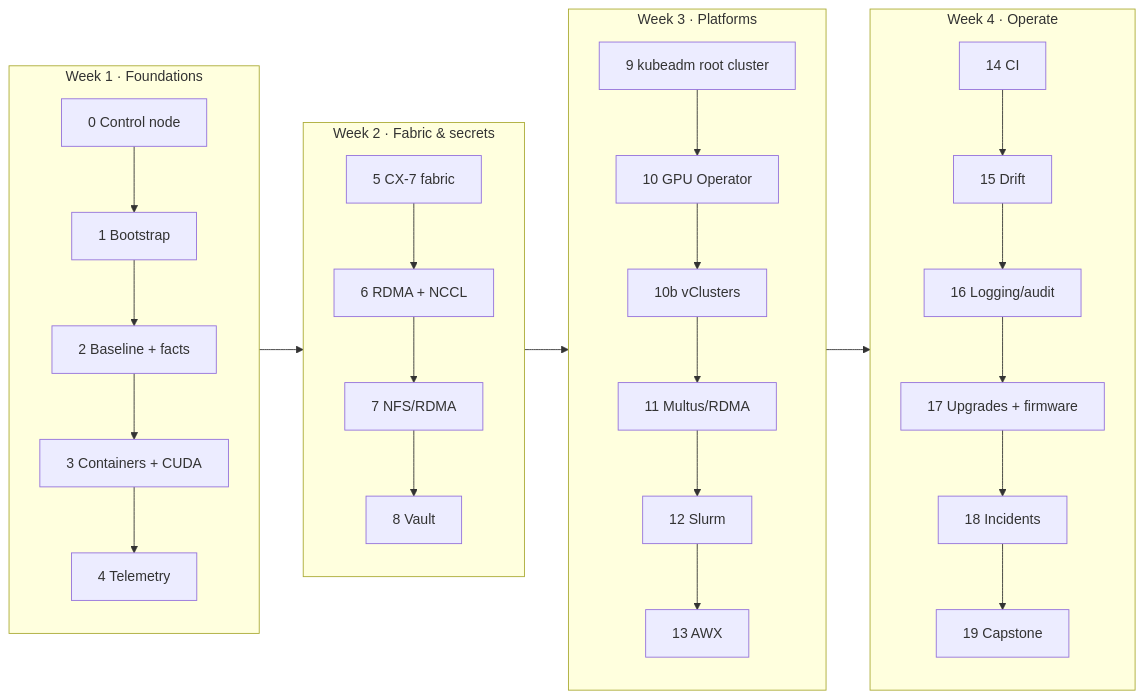
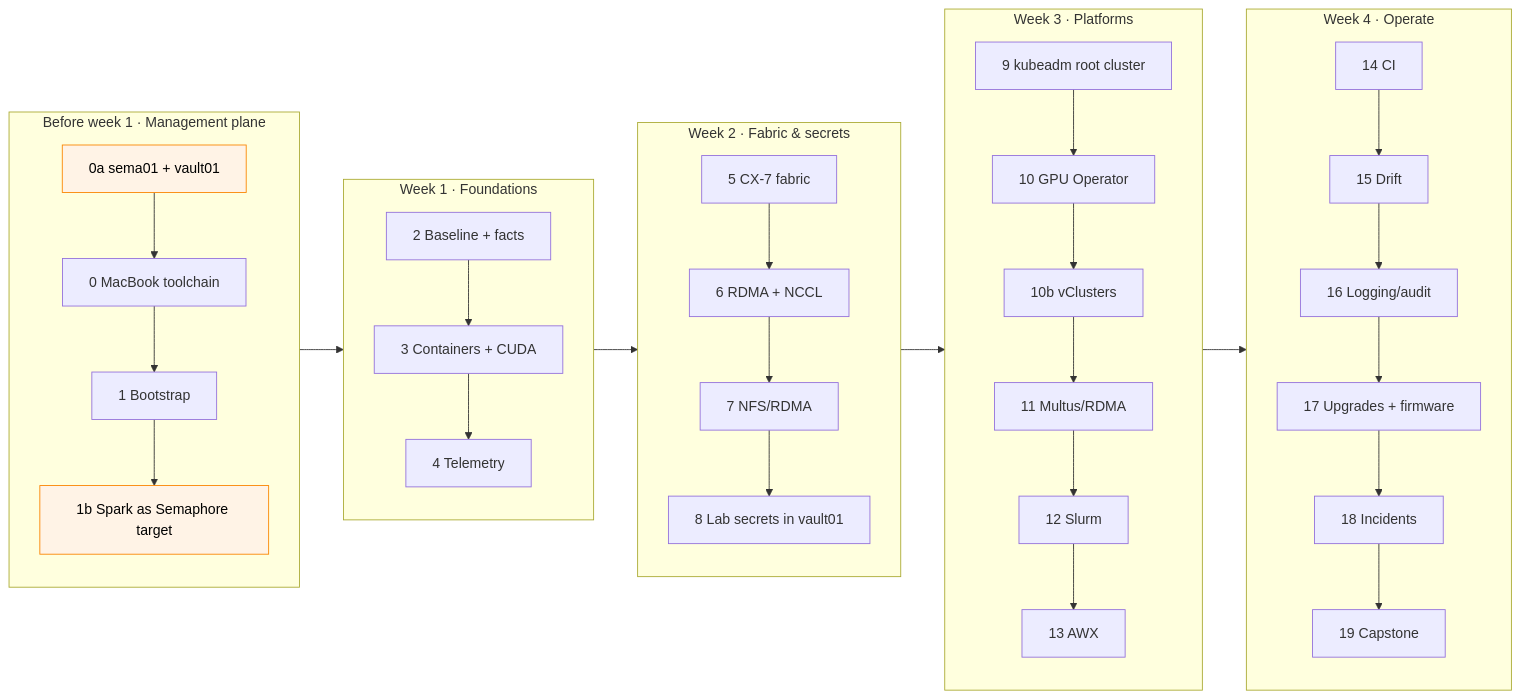
Before and after one commit to cloudone365/technical-depth: the diagram in 01 Ansible/00-ansible-step-by-step-guide.md, drawn with Mermaid. The commit also changed other lines of this file and 37 other files, not shown here.

First line of the commit message:
Docs: Semaphore + vault01 management plane, dgx-spark-01 as a target

````diff
--- a/01 Ansible/00-ansible-step-by-step-guide.md
+++ b/01 Ansible/00-ansible-step-by-step-guide.md
@@ -5,16 +5,21 @@
 ```mermaid
 flowchart LR
+  subgraph W0["Before week 1 · Management plane"]
+    Z0[0a sema01 + vault01] --> Z1[0 MacBook toolchain] --> Z2[1 Bootstrap] --> Z3[1b Spark as Semaphore target]
+  end
   subgraph W1["Week 1 · Foundations"]
-    A0[0 Control node] --> A1[1 Bootstrap] --> A2[2 Baseline + facts] --> A3[3 Containers + CUDA] --> A4[4 Telemetry]
+    A2[2 Baseline + facts] --> A3[3 Containers + CUDA] --> A4[4 Telemetry]
   end
   subgraph W2["Week 2 · Fabric & secrets"]
-    B1[5 CX-7 fabric] --> B2[6 RDMA + NCCL] --> B3[7 NFS/RDMA] --> B4[8 Vault]
+    B1[5 CX-7 fabric] --> B2[6 RDMA + NCCL] --> B3[7 NFS/RDMA] --> B4[8 Lab secrets in vault01]
   end
   subgraph W3["Week 3 · Platforms"]
     C1[9 kubeadm root cluster] --> C2[10 GPU Operator] --> C2b[10b vClusters] --> C3[11 Multus/RDMA] --> C4[12 Slurm] --> C5[13 AWX]
   end
   subgraph W4["Week 4 · Operate"]
     D1[14 CI] --> D2[15 Drift] --> D3[16 Logging/audit] --> D4[17 Upgrades + firmware] --> D5[18 Incidents] --> D6[19 Capstone]
   end
-  W1 --> W2 --> W3 --> W4
+  W0 --> W1 --> W2 --> W3 --> W4
+  classDef mgmt fill:#fff3e6,stroke:#fb8500,color:#000
+  class Z0,Z3 mgmt
 ```
````
